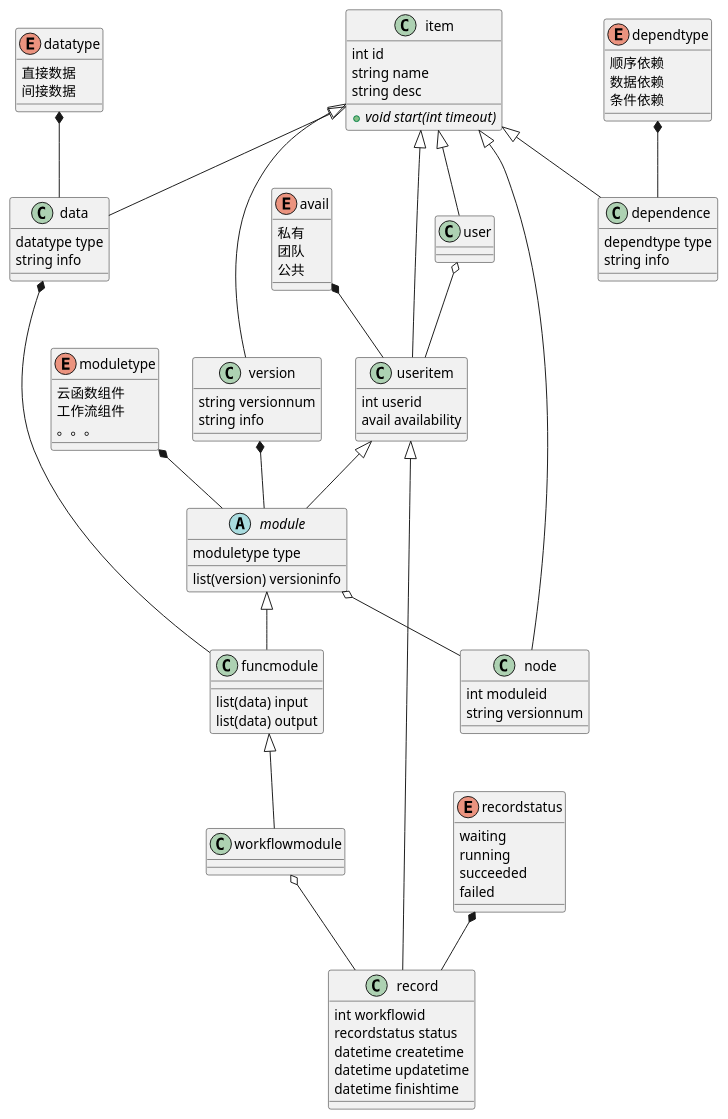
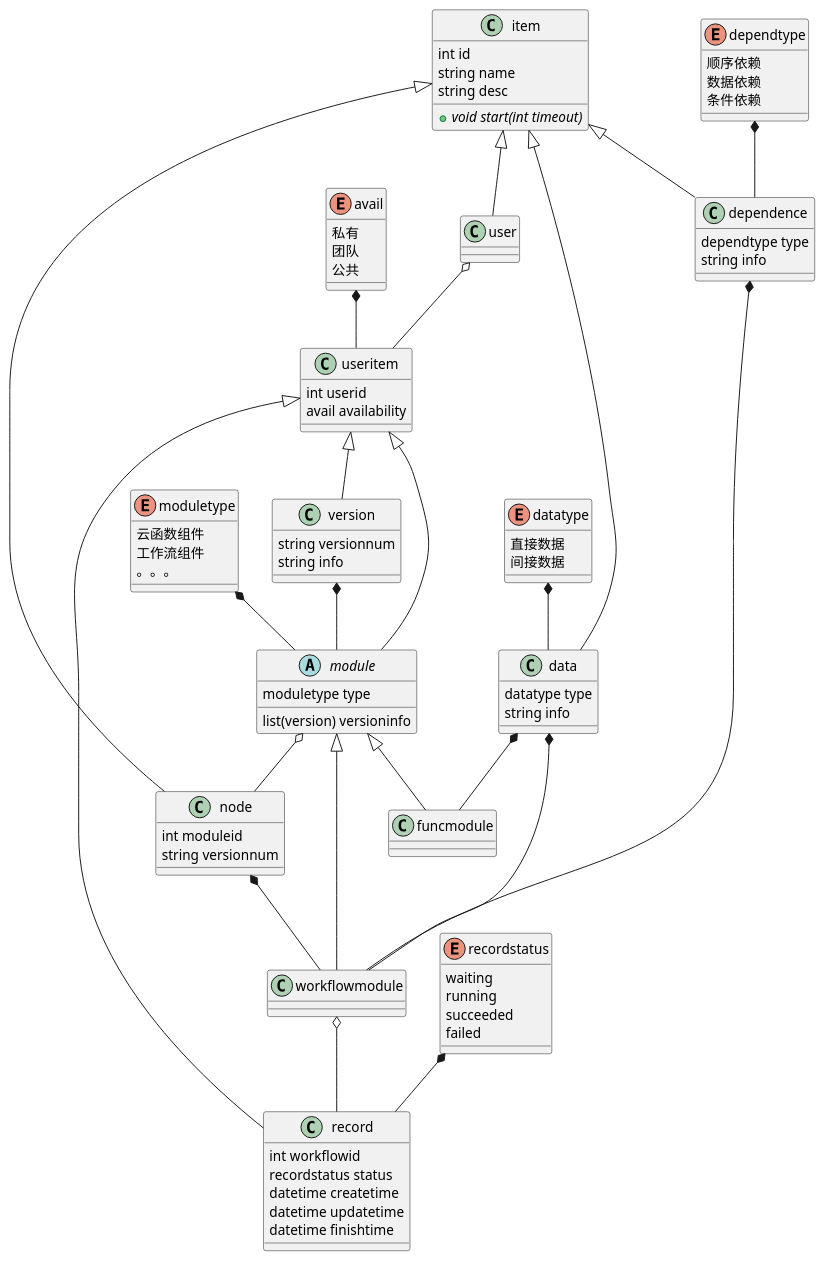
Before and after one commit to aganhui/test2: the second of 2 diagrams in src/site/notes/01-Diary/本周事务/工作流整体架构设计-v0.2.md, drawn with PlantUML. The commit also changed other lines of this file, not shown here.

```diff
--- a/src/site/notes/01-Diary/本周事务/工作流整体架构设计-v0.2.md
+++ b/src/site/notes/01-Diary/本周事务/工作流整体架构设计-v0.2.md
@@ -148,8 +152,6 @@
 } 
 
 class funcmodule {
-list(data) input
-list(data) output
 }
 
 class workflowmodule {
@@ -176,20 +178,22 @@
 }
 
 item <|-- user
-item <|-- useritem
 avail *-- useritem
 user o-- useritem
 item <|-- data
 datatype *-- data
 item <|-- dependence
 dependtype *-- dependence
-item <|-- version
+useritem <|-- version
 useritem <|-- module
 moduletype *-- module
 version *-- module
 module <|-- funcmodule
 data *-- funcmodule
-funcmodule <|-- workflowmodule
+module <|-- workflowmodule
+data *-- workflowmodule
+dependence *-- workflowmodule
+node *-- workflowmodule
 item <|-- node
 module o-- node
 useritem <|-- record
```
